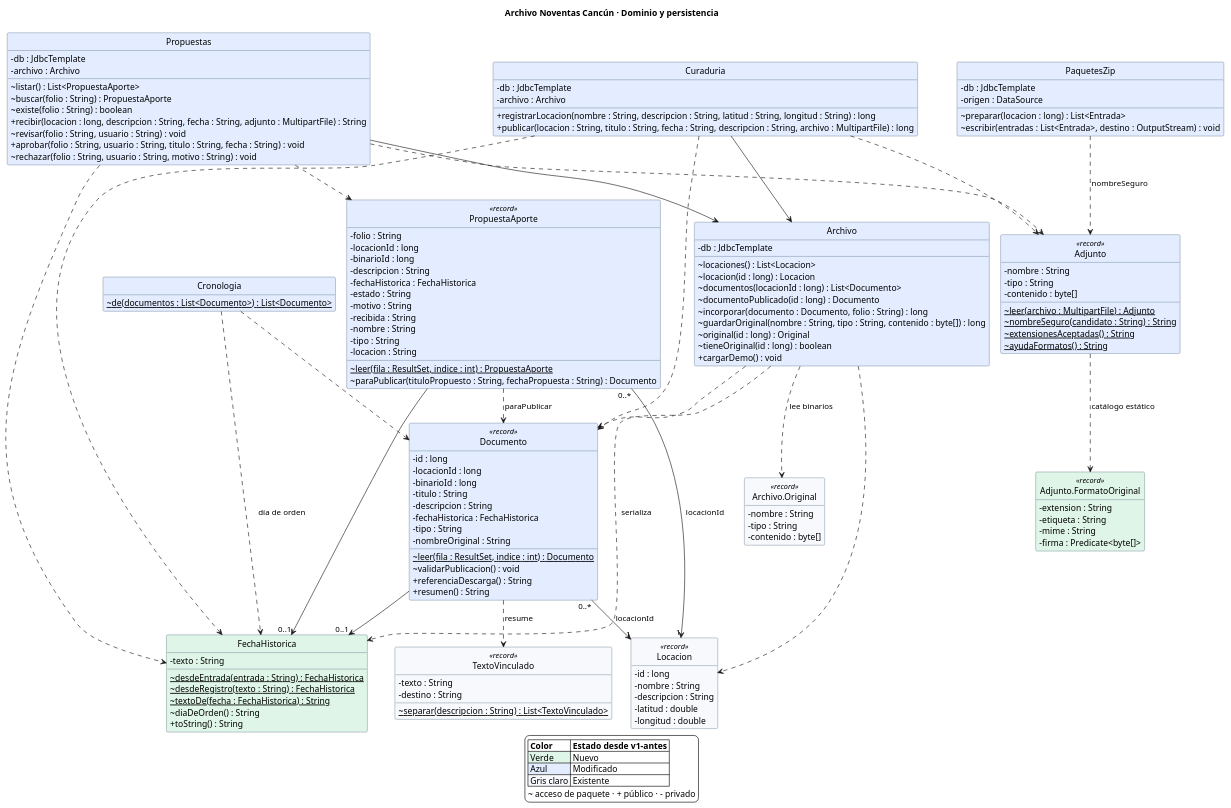
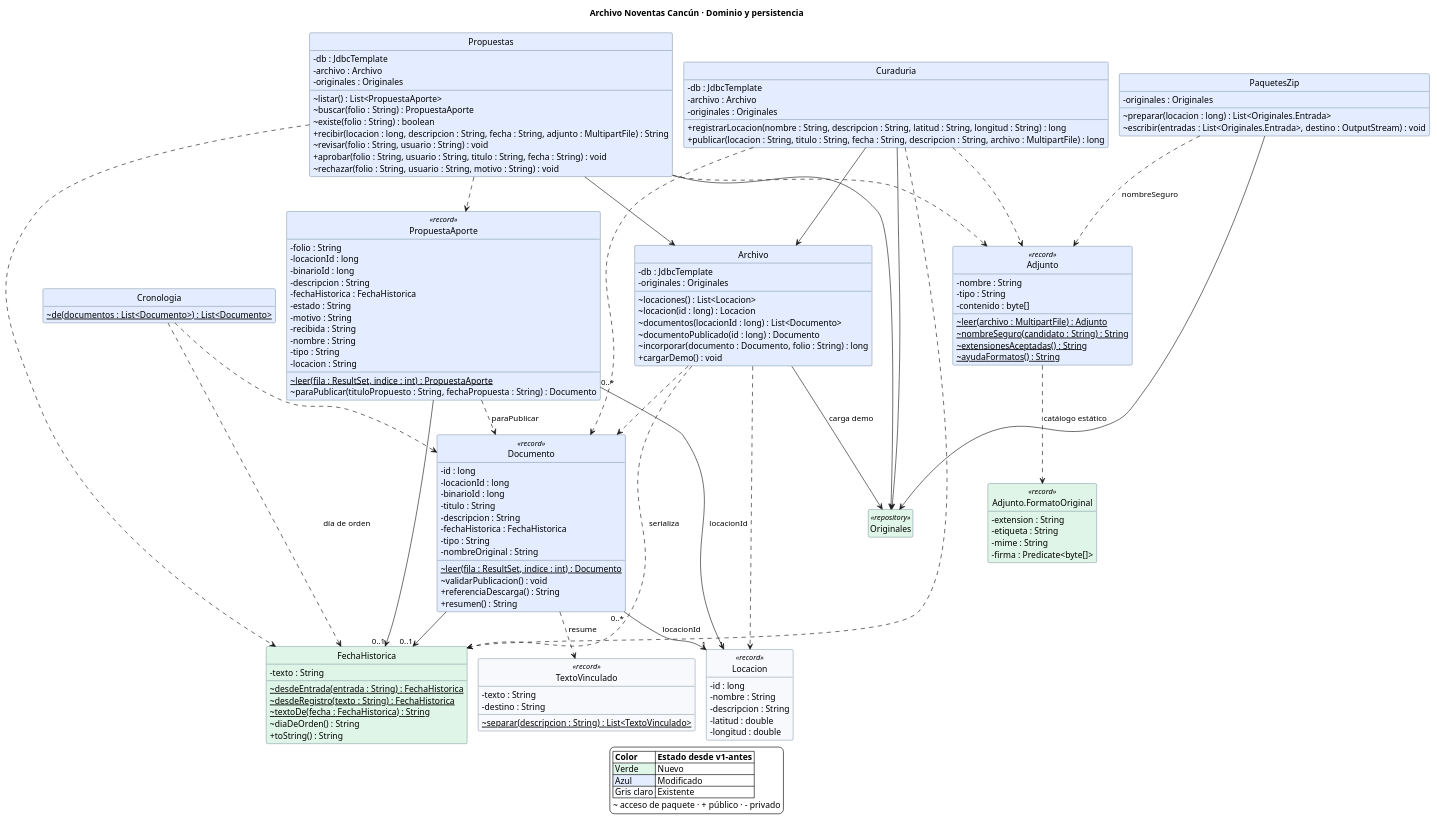
The first of 4 diagrams in diagramas/Equipo03_Entrega2_DiagramaClases.puml (ikercontla/proyectoDisenoDeSoftwareArchivoNoventasCancun), drawn with PlantUML before and after one commit. The commit also changed other lines of this file and 4 other files, not shown here.

```diff
--- a/diagramas/Equipo03_Entrega2_DiagramaClases.puml
+++ b/diagramas/Equipo03_Entrega2_DiagramaClases.puml
@@ -5,163 +5,161 @@
 @startuml dominio
 !pragma layout smetana
 skinparam shadowing false
 skinparam backgroundColor #FFFFFF
 skinparam defaultFontName Calibri
 skinparam classAttributeIconSize 0
 skinparam classBorderColor #34516D
 skinparam classBackgroundColor #F7F9FC
 hide empty members
 hide circle
 title Archivo Noventas Cancún · Dominio y persistencia
 
 class Archivo #E3EDFF {
   - db : JdbcTemplate
+  - originales : Originales
   ~ locaciones() : List<Locacion>
   ~ locacion(id : long) : Locacion
   ~ documentos(locacionId : long) : List<Documento>
   ~ documentoPublicado(id : long) : Documento
   ~ incorporar(documento : Documento, folio : String) : long
-  ~ guardarOriginal(nombre : String, tipo : String, contenido : byte[]) : long
-  ~ original(id : long) : Original
-  ~ tieneOriginal(id : long) : boolean
   + cargarDemo() : void
 }
 
 class Locacion <<record>> {
   - id : long
   - nombre : String
   - descripcion : String
   - latitud : double
   - longitud : double
 }
 
 class Documento <<record>> #E3EDFF {
   - id : long
   - locacionId : long
   - binarioId : long
   - titulo : String
   - descripcion : String
   - fechaHistorica : FechaHistorica
   - tipo : String
   - nombreOriginal : String
   ~ {static} leer(fila : ResultSet, indice : int) : Documento
   ~ validarPublicacion() : void
   + referenciaDescarga() : String
   + resumen() : String
 }
 
-class "Archivo.Original" as Original <<record>> {
-  - nombre : String
-  - tipo : String
-  - contenido : byte[]
-}
+class Originales <<repository>> #DFF5E7
 
 class FechaHistorica #DFF5E7 {
   - texto : String
   ~ {static} desdeEntrada(entrada : String) : FechaHistorica
   ~ {static} desdeRegistro(texto : String) : FechaHistorica
   ~ {static} textoDe(fecha : FechaHistorica) : String
   ~ diaDeOrden() : String
   + toString() : String
 }
 
 class PropuestaAporte <<record>> #E3EDFF {
   - folio : String
   - locacionId : long
   - binarioId : long
   - descripcion : String
   - fechaHistorica : FechaHistorica
   - estado : String
   - motivo : String
   - recibida : String
   - nombre : String
   - tipo : String
   - locacion : String
   ~ {static} leer(fila : ResultSet, indice : int) : PropuestaAporte
   ~ paraPublicar(tituloPropuesto : String, fechaPropuesta : String) : Documento
 }
 
 class Adjunto <<record>> #E3EDFF {
   - nombre : String
   - tipo : String
   - contenido : byte[]
   ~ {static} leer(archivo : MultipartFile) : Adjunto
   ~ {static} nombreSeguro(candidato : String) : String
   ~ {static} extensionesAceptadas() : String
   ~ {static} ayudaFormatos() : String
 }
 
 class "Adjunto.FormatoOriginal" as FormatoOriginal <<record>> #DFF5E7 {
   - extension : String
   - etiqueta : String
   - mime : String
   - firma : Predicate<byte[]>
 }
 
 class Propuestas #E3EDFF {
   - db : JdbcTemplate
   - archivo : Archivo
+  - originales : Originales
   ~ listar() : List<PropuestaAporte>
   ~ buscar(folio : String) : PropuestaAporte
   ~ existe(folio : String) : boolean
   + recibir(locacion : long, descripcion : String, fecha : String, adjunto : MultipartFile) : String
   ~ revisar(folio : String, usuario : String) : void
   + aprobar(folio : String, usuario : String, titulo : String, fecha : String) : void
   ~ rechazar(folio : String, usuario : String, motivo : String) : void
 }
 
 class Curaduria #E3EDFF {
   - db : JdbcTemplate
   - archivo : Archivo
+  - originales : Originales
   + registrarLocacion(nombre : String, descripcion : String, latitud : String, longitud : String) : long
   + publicar(locacion : String, titulo : String, fecha : String, descripcion : String, archivo : MultipartFile) : long
 }
 
 class Cronologia #E3EDFF {
   ~ {static} de(documentos : List<Documento>) : List<Documento>
 }
 
 class PaquetesZip #E3EDFF {
-  - db : JdbcTemplate
-  - origen : DataSource
-  ~ preparar(locacion : long) : List<Entrada>
-  ~ escribir(entradas : List<Entrada>, destino : OutputStream) : void
+  - originales : Originales
+  ~ preparar(locacion : long) : List<Originales.Entrada>
+  ~ escribir(entradas : List<Originales.Entrada>, destino : OutputStream) : void
 }
 
 class TextoVinculado <<record>> {
   - texto : String
   - destino : String
   ~ {static} separar(descripcion : String) : List<TextoVinculado>
 }
 
 Documento "0..*" --> "1" Locacion : locacionId
 PropuestaAporte "0..*" --> "1" Locacion : locacionId
 PropuestaAporte ..> Documento : paraPublicar
 PropuestaAporte --> "0..1" FechaHistorica
 Documento --> "0..1" FechaHistorica
 Documento ..> TextoVinculado : resume
 Archivo ..> Locacion
 Archivo ..> Documento
-Archivo ..> Original : lee binarios
+Archivo --> Originales : carga demo
 Archivo ..> FechaHistorica : serializa
 Propuestas --> Archivo
+Propuestas --> Originales
 Propuestas ..> PropuestaAporte
 Propuestas ..> Adjunto
 Propuestas ..> FechaHistorica
 Curaduria --> Archivo
+Curaduria --> Originales
 Curaduria ..> Adjunto
 Curaduria ..> Documento
 Curaduria ..> FechaHistorica
 Cronologia ..> Documento
 Cronologia ..> FechaHistorica : día de orden
 Adjunto ..> FormatoOriginal : catálogo estático
 PaquetesZip ..> Adjunto : nombreSeguro
+PaquetesZip --> Originales
 
 legend bottom
   |= Color |= Estado desde v1-antes |
   |<#DFF5E7> Verde | Nuevo |
   |<#E3EDFF> Azul | Modificado |
   |<#F7F9FC> Gris claro | Existente |
   ~ acceso de paquete · + público · - privado
 endlegend
 @enduml
```
